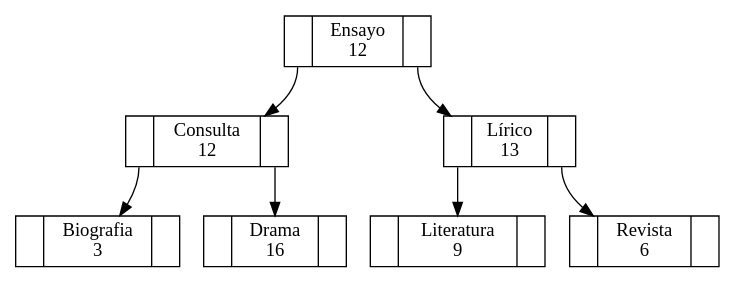
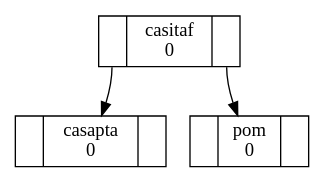
One commit to carlostex98/Block-Lib changed the diagram in avl.dot. Above: the diagram before and after it, drawn with Graphviz. The commit also changed 5 other files, not shown here.

```diff
--- a/avl.dot
+++ b/avl.dot
@@ -1,18 +1,10 @@
 digraph sls{
 node [shape=record];
-Ensayo[label="<C0>|Ensayo\n12|<C1> " ]; 
-Lírico[label="<C0>|Lírico\n13|<C1> " ]; 
-Revista[label="<C0>|Revista\n6|<C1> " ]; 
-Literatura[label="<C0>|Literatura\n9|<C1> " ]; 
-Consulta[label="<C0>|Consulta\n12|<C1> " ]; 
-Drama[label="<C0>|Drama\n16|<C1> " ]; 
-Biografia[label="<C0>|Biografia\n3|<C1> " ]; 
+casitaf[label="<C0>|casitaf\n0|<C1> " ]; 
+pom[label="<C0>|pom\n0|<C1> " ]; 
+casapta[label="<C0>|casapta\n0|<C1> " ]; 
 
-Ensayo:C1->Lírico; 
-Ensayo:C0->Consulta; 
-Consulta:C1->Drama; 
-Consulta:C0->Biografia; 
-Lírico:C1->Revista; 
-Lírico:C0->Literatura; 
+casitaf:C1->pom; 
+casitaf:C0->casapta; 
 
 }
```
